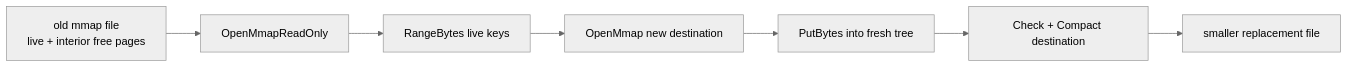
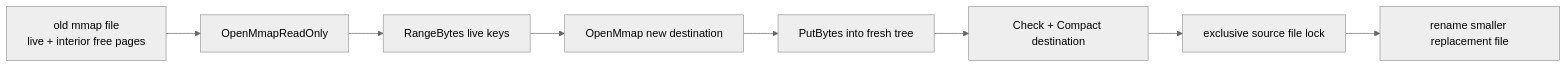
Diagram 14 of 18 in docs/00-storage-engine-course.md (hadamrd/cow-btree-course), drawn with Mermaid (neutral theme) before and after one commit. The commit also changed other lines of this file and 7 other files, not shown here.

````diff
--- a/docs/00-storage-engine-course.md
+++ b/docs/00-storage-engine-course.md
@@ -468,9 +472,10 @@
 ```mermaid
 flowchart LR
     A["old mmap file<br/>live + interior free pages"] --> R["OpenMmapReadOnly"]
     R --> S["RangeBytes live keys"]
     S --> W["OpenMmap new destination"]
     W --> C["PutBytes into fresh tree"]
     C --> K["Check + Compact destination"]
-    K --> N["smaller replacement file"]
+    K --> X["exclusive source file lock"]
+    X --> N["rename smaller replacement file"]
 ```
````
